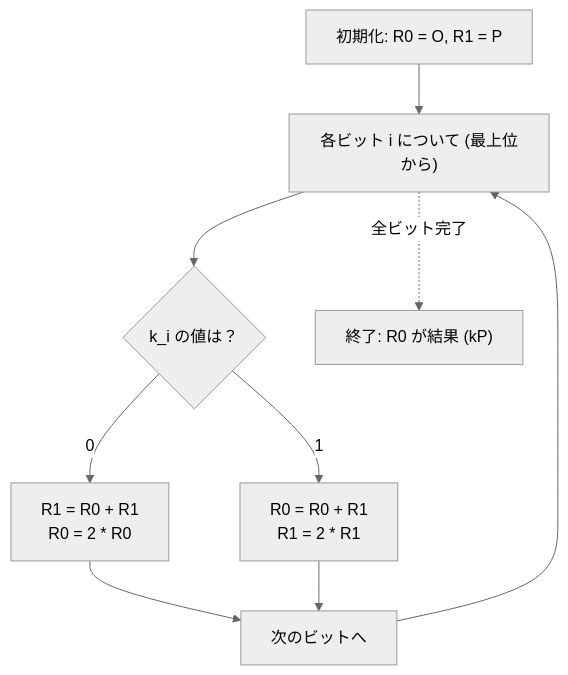
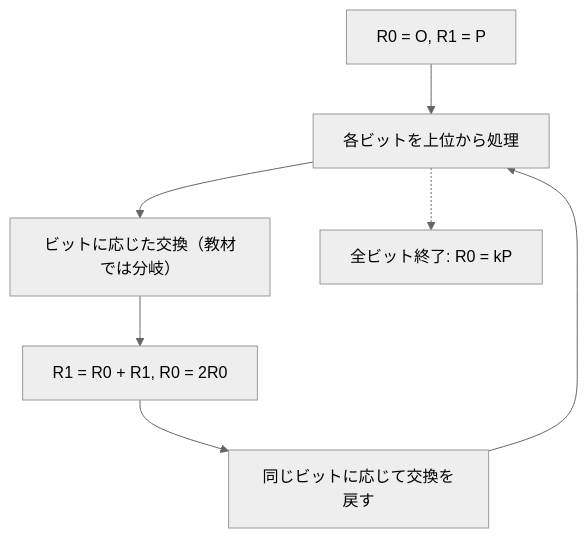
The second of 3 diagrams in content/post/楕円曲線暗号の数学的基礎とcppでの実装/index.md (kenjinote/blog), drawn with Mermaid (neutral theme) before and after one commit. The commit also changed other lines of this file and 8 other files, not shown here.

````diff
--- a/content/post/楕円曲線暗号の数学的基礎とcppでの実装/index.md
+++ b/content/post/楕円曲線暗号の数学的基礎とcppでの実装/index.md
@@ -253,14 +106,9 @@
 ```mermaid
 graph TD
-    Start["初期化: R0 = O, R1 = P"] --> LoopStart["各ビット i について (最上位から)"]
-    LoopStart --> Cond{"k_i の値は？"}
-    
-    Cond -->|"0"| Branch0["R1 = R0 + R1<br>R0 = 2 * R0"]
-    Cond -->|"1"| Branch1["R0 = R0 + R1<br>R1 = 2 * R1"]
-    
-    Branch0 --> LoopEnd["次のビットへ"]
-    Branch1 --> LoopEnd
-    
-    LoopEnd --> LoopStart
-    LoopStart -.->|"全ビット完了"| End["終了: R0 が結果 (kP)"]
+    A["R0 = O, R1 = P"] --> B["各ビットを上位から処理"]
+    B --> C["ビットに応じた交換（教材では分岐）"]
+    C --> D["R1 = R0 + R1, R0 = 2R0"]
+    D --> E["同じビットに応じて交換を戻す"]
+    E --> B
+    B -.-> F["全ビット終了: R0 = kP"]
 ```
````
